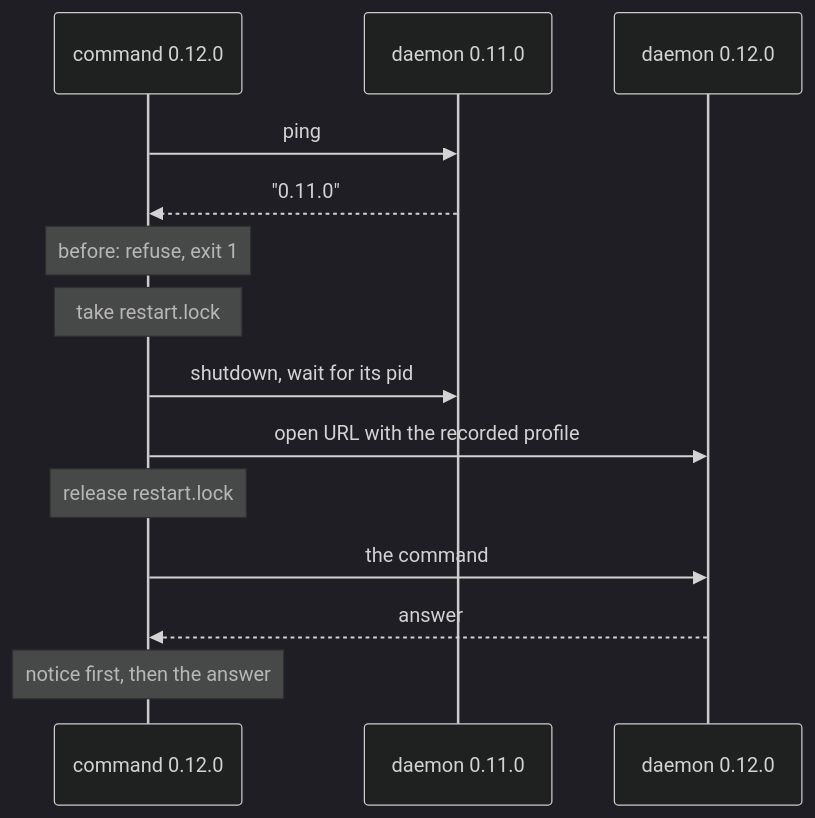
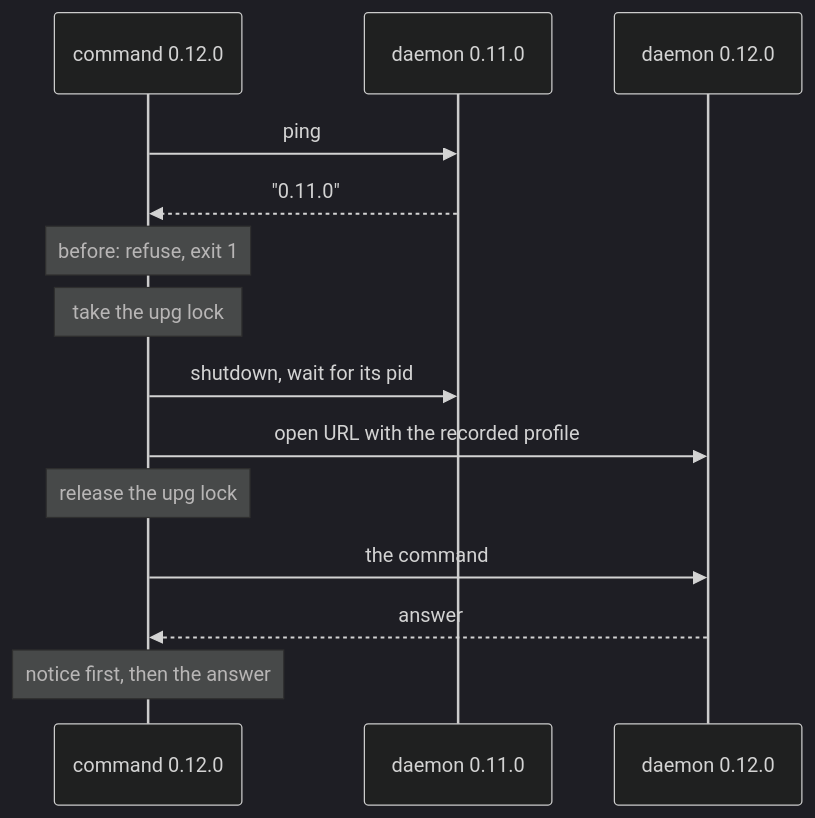
Before and after one commit to drakulavich/bowser: the diagram in docs/superpowers/specs/2026-10-14-upgrade-restart-design.md, drawn with Mermaid (dark theme). The commit also changed other lines of this file, not shown here.

First line of the commit message:
docs(spec): name the restart lock upg to fit the session path budget; claim it with a pid-alive holder check

````diff
--- a/docs/superpowers/specs/2026-10-14-upgrade-restart-design.md
+++ b/docs/superpowers/specs/2026-10-14-upgrade-restart-design.md
@@ -82,16 +85,16 @@
 ```mermaid
 sequenceDiagram
   participant CLI as command 0.12.0
   participant Old as daemon 0.11.0
   participant New as daemon 0.12.0
   CLI->>Old: ping
   Old-->>CLI: "0.11.0"
   Note over CLI: before: refuse, exit 1
-  Note over CLI: take restart.lock
+  Note over CLI: take the upg lock
   CLI->>Old: shutdown, wait for its pid
   CLI->>New: open URL with the recorded profile
-  Note over CLI: release restart.lock
+  Note over CLI: release the upg lock
   CLI->>New: the command
   New-->>CLI: answer
   Note over CLI: notice first, then the answer
 ```
````
